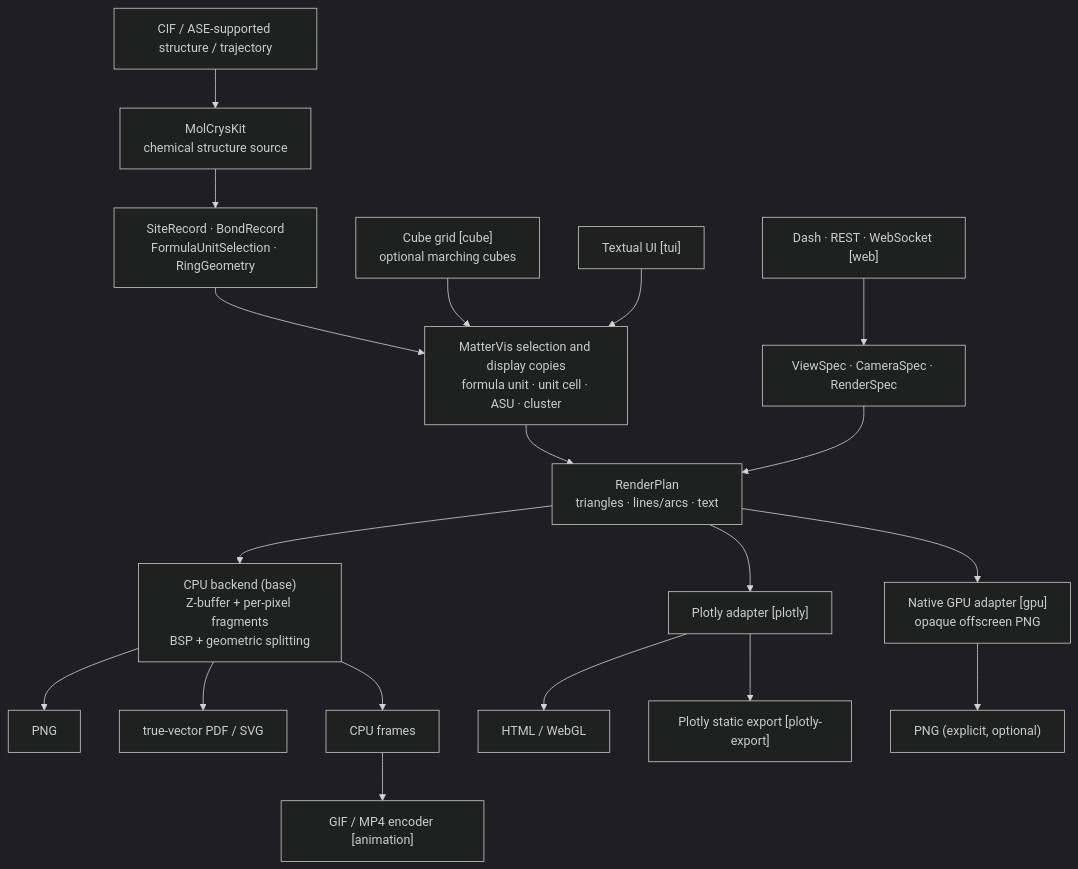
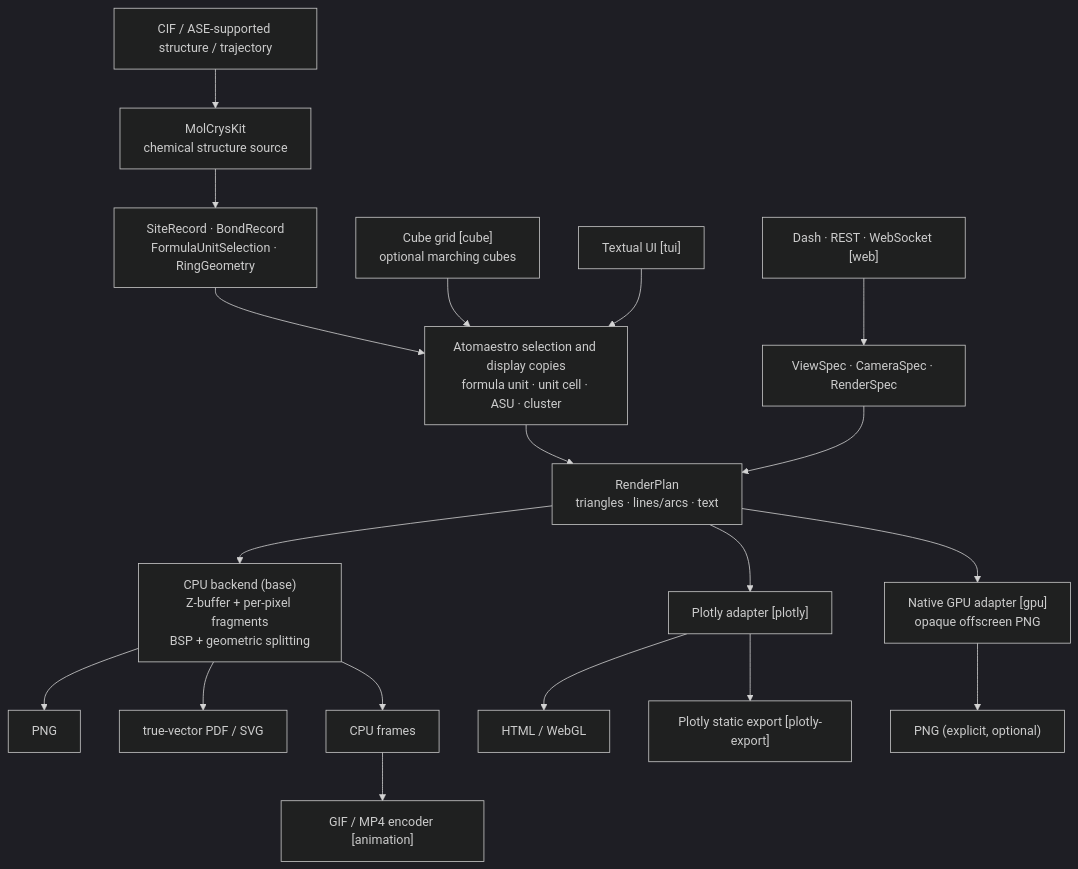
Before and after one commit to SchrodingersCattt/MatterVis: the diagram in docs/architecture.md, drawn with Mermaid (dark theme). The commit also changed other lines of this file and 52 other files, not shown here.

Commit message:
docs: rebrand public documentation from MatterVis to Atomaestro

````diff
--- a/docs/architecture.md
+++ b/docs/architecture.md
@@ -8,28 +8,28 @@
 ```mermaid
 flowchart TB
     input["CIF / ASE-supported structure / trajectory"]
     mck["MolCrysKit\nchemical structure source"]
     records["SiteRecord · BondRecord\nFormulaUnitSelection · RingGeometry"]
-    select["MatterVis selection and display copies\nformula unit · unit cell · ASU · cluster"]
+    select["Atomaestro selection and display copies\nformula unit · unit cell · ASU · cluster"]
     specs["ViewSpec · CameraSpec · RenderSpec"]
     plan["RenderPlan\ntriangles · lines/arcs · text"]
 
     input --> mck --> records --> select
     select --> plan
     specs --> plan
 
     plan --> cpu["CPU backend (base)\nZ-buffer + per-pixel fragments\nBSP + geometric splitting"]
     plan --> plotly["Plotly adapter [plotly]"]
     plan --> gpu["Native GPU adapter [gpu]\nopaque offscreen PNG"]
     cpu --> png["PNG"]
     cpu --> vector["true-vector PDF / SVG"]
     cpu --> frames["CPU frames"]
     frames --> animation["GIF / MP4 encoder [animation]"]
     plotly --> html["HTML / WebGL"]
     plotly --> kaleido["Plotly static export [plotly-export]"]
     gpu --> gpu_png["PNG (explicit, optional)"]
 
     cube["Cube grid [cube]\noptional marching cubes"] --> select
     web["Dash · REST · WebSocket [web]"] --> specs
     tui["Textual UI [tui]"] --> select
 ```
````
